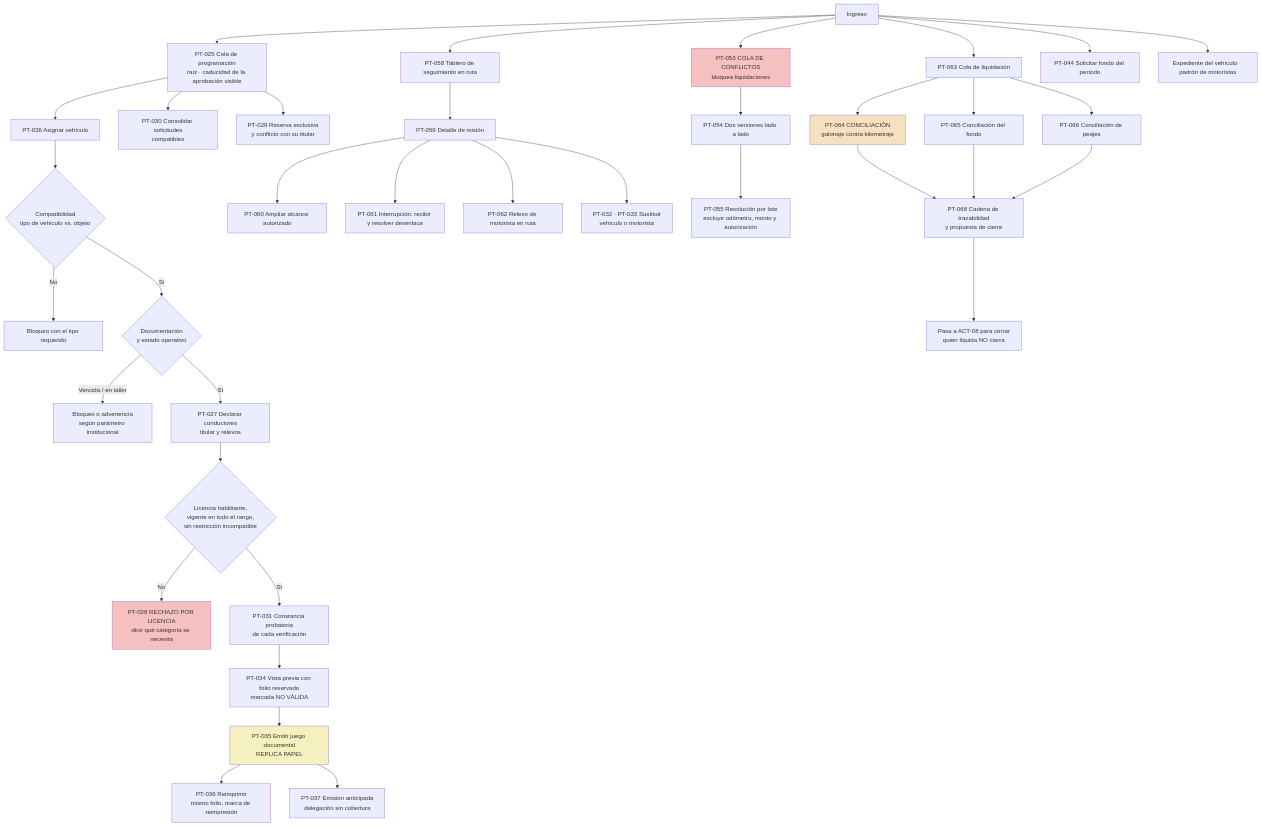
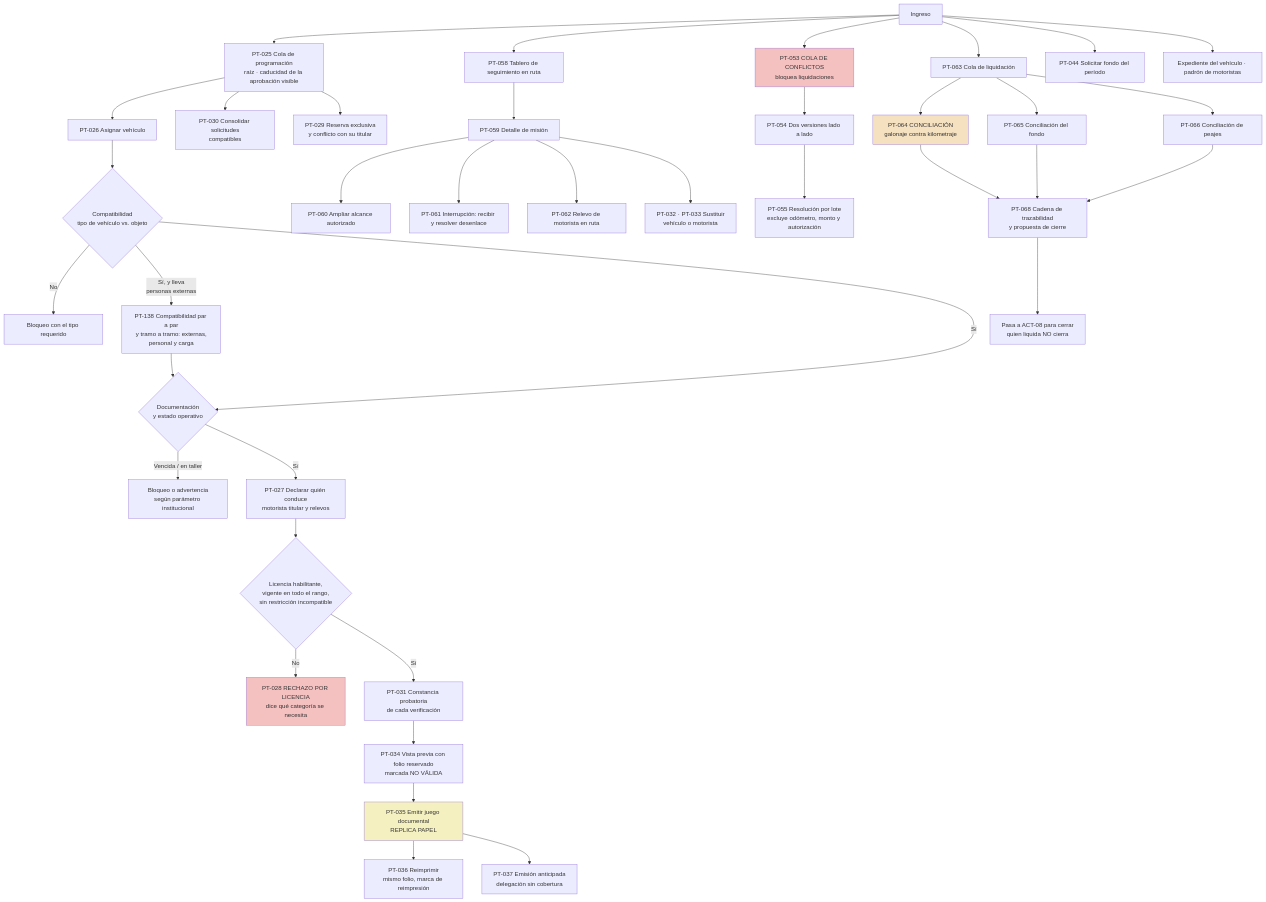
The third of 11 diagrams in docs/04-diseno/mapa-de-navegacion.md (LuisDavidToruno/INM_TRANSPORTE), drawn with Mermaid before and after one commit. The commit also changed other lines of this file and 125 other files, not shown here.

````diff
--- a/docs/04-diseno/mapa-de-navegacion.md
+++ b/docs/04-diseno/mapa-de-navegacion.md
@@ -177,51 +189,53 @@
 ```mermaid
 flowchart TD
     A["Ingreso"] --> B["PT-025 Cola de programación<br/>raíz · caducidad de la aprobación visible"]
 
     B --> C["PT-026 Asignar vehículo"]
     C --> C1{"Compatibilidad<br/>tipo de vehículo vs. objeto"}
     C1 -->|No| C2["Bloqueo con el tipo requerido"]
+    C1 -->|"Sí, y lleva<br/>personas externas"| C5["PT-138 Compatibilidad par a par<br/>y tramo a tramo: externas,<br/>personal y carga"]
     C1 -->|Sí| C3{"Documentación<br/>y estado operativo"}
+    C5 --> C3
     C3 -->|"Vencida / en taller"| C4["Bloqueo o advertencia<br/>según parámetro institucional"]
-    C3 -->|Sí| D["PT-027 Declarar conductores<br/>titular y relevos"]
+    C3 -->|Sí| D["PT-027 Declarar quién conduce<br/>motorista titular y relevos"]
 
     D --> D1{"Licencia habilitante,<br/>vigente en todo el rango,<br/>sin restricción incompatible"}
     D1 -->|No| D2["PT-028 RECHAZO POR LICENCIA<br/>dice qué categoría se necesita"]
     D1 -->|Sí| E["PT-031 Constancia probatoria<br/>de cada verificación"]
 
     B --> F["PT-030 Consolidar solicitudes<br/>compatibles"]
     B --> G["PT-029 Reserva exclusiva<br/>y conflicto con su titular"]
 
     E --> H["PT-034 Vista previa con folio reservado<br/>marcada NO VÁLIDA"]
     H --> I["PT-035 Emitir juego documental<br/>REPLICA PAPEL"]
     I --> I2["PT-036 Reimprimir<br/>mismo folio, marca de reimpresión"]
     I --> I3["PT-037 Emisión anticipada<br/>delegación sin cobertura"]
 
     A --> J["PT-058 Tablero de seguimiento en ruta"]
     J --> J1["PT-059 Detalle de misión"]
     J1 --> J2["PT-060 Ampliar alcance autorizado"]
     J1 --> J3["PT-061 Interrupción: recibir y resolver desenlace"]
     J1 --> J4["PT-062 Relevo de motorista en ruta"]
     J1 --> J5["PT-032 · PT-033 Sustituir<br/>vehículo o motorista"]
 
     A --> K["PT-053 COLA DE CONFLICTOS<br/>bloquea liquidaciones"]
     K --> K1["PT-054 Dos versiones lado a lado"]
     K1 --> K2["PT-055 Resolución por lote<br/>excluye odómetro, monto y autorización"]
 
     A --> L["PT-063 Cola de liquidación"]
     L --> L1["PT-064 CONCILIACIÓN<br/>galonaje contra kilometraje"]
     L --> L2["PT-065 Conciliación del fondo"]
     L --> L3["PT-066 Conciliación de peajes"]
     L1 --> M["PT-068 Cadena de trazabilidad<br/>y propuesta de cierre"]
     L2 --> M
     L3 --> M
     M --> N["Pasa a ACT-08 para cerrar<br/>quien liquida NO cierra"]
 
     A --> O["PT-044 Solicitar fondo del período"]
     A --> P["Expediente del vehículo · padrón de motoristas"]
 
     style D2 fill:#f5c0c0
     style K fill:#f5c0c0
     style L1 fill:#f5e0c0
     style I fill:#f5f0c0
 ```
````
